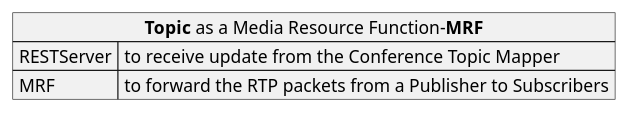
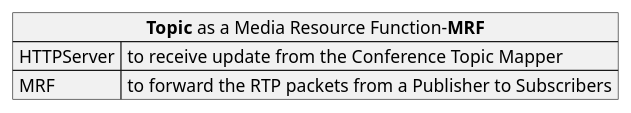
The diagram in pubsub/components/topic.puml (chumvan/rtppubsub), drawn with PlantUML before and after one commit. The commit also changed 9 other files, not shown here.

Commit message:
edit sequences

```diff
--- a/pubsub/components/topic.puml
+++ b/pubsub/components/topic.puml
@@ -1,6 +1,6 @@
 @startuml Topic
 json "**Topic** as a Media Resource Function-**MRF**" as MRF {
-    "RESTServer": "to receive update from the Conference Topic Mapper",
+    "HTTPServer": "to receive update from the Conference Topic Mapper",
     "MRF": "to forward the RTP packets from a Publisher to Subscribers"
 }
 @enduml
```
